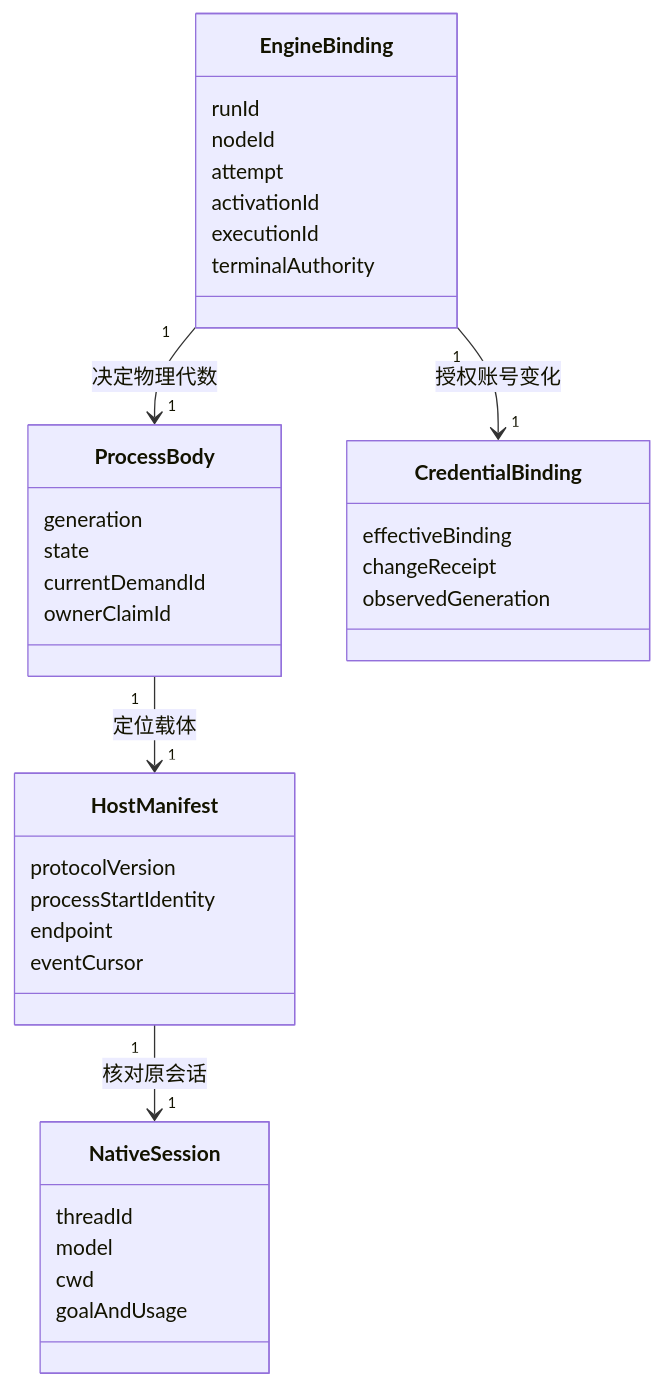
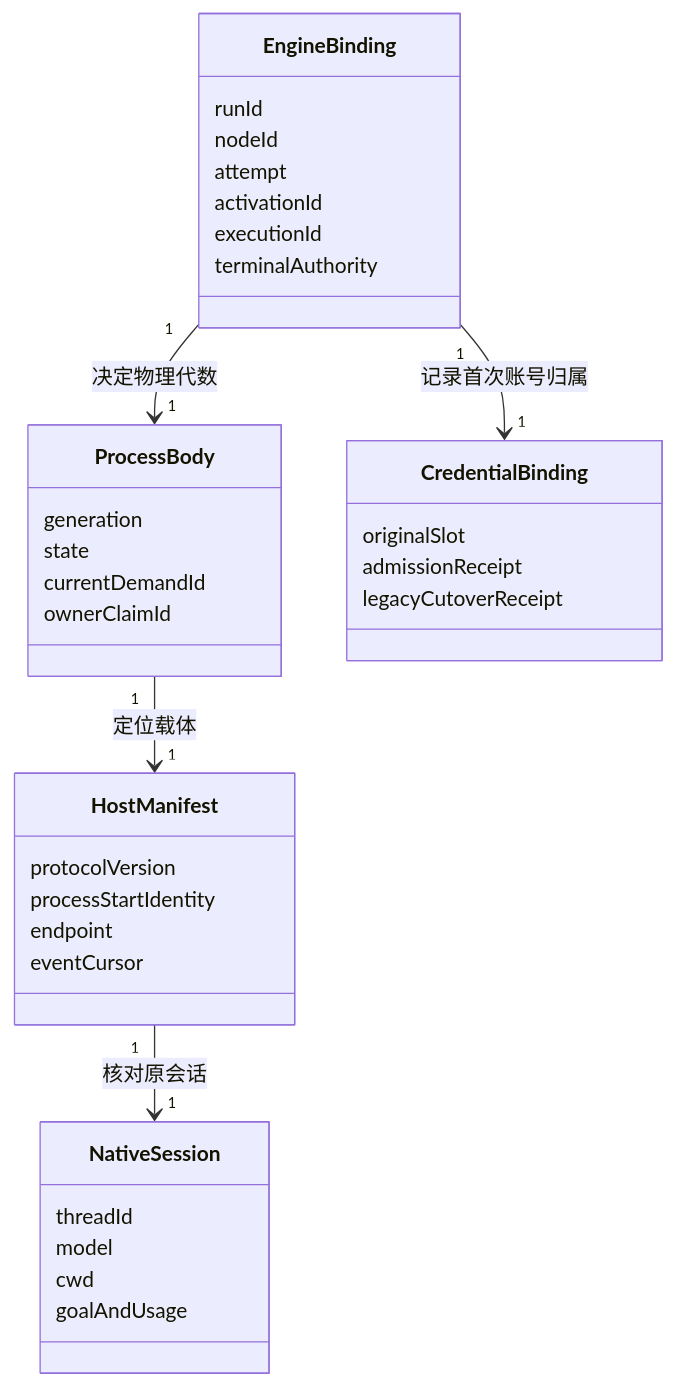
Before and after one commit to xrliAnnie/flywheel-qa-sandbox: the diagram in engineering/doc/FLY-2925-engine-owned-lifecycle/identity-model.mmd, drawn with Mermaid. The commit also changed 6 other files, not shown here.

```diff
--- a/engineering/doc/FLY-2925-engine-owned-lifecycle/identity-model.mmd
+++ b/engineering/doc/FLY-2925-engine-owned-lifecycle/identity-model.mmd
@@ -1,36 +1,36 @@
 classDiagram
     class EngineBinding {
         runId
         nodeId
         attempt
         activationId
         executionId
         terminalAuthority
     }
     class ProcessBody {
         generation
         state
         currentDemandId
         ownerClaimId
     }
     class NativeSession {
         threadId
         model
         cwd
         goalAndUsage
     }
     class HostManifest {
         protocolVersion
         processStartIdentity
         endpoint
         eventCursor
     }
     class CredentialBinding {
-        effectiveBinding
-        changeReceipt
-        observedGeneration
+        originalSlot
+        admissionReceipt
+        legacyCutoverReceipt
     }
     EngineBinding "1" --> "1" ProcessBody : 决定物理代数
     ProcessBody "1" --> "1" HostManifest : 定位载体
     HostManifest "1" --> "1" NativeSession : 核对原会话
-    EngineBinding "1" --> "1" CredentialBinding : 授权账号变化
+    EngineBinding "1" --> "1" CredentialBinding : 记录首次账号归属
```
